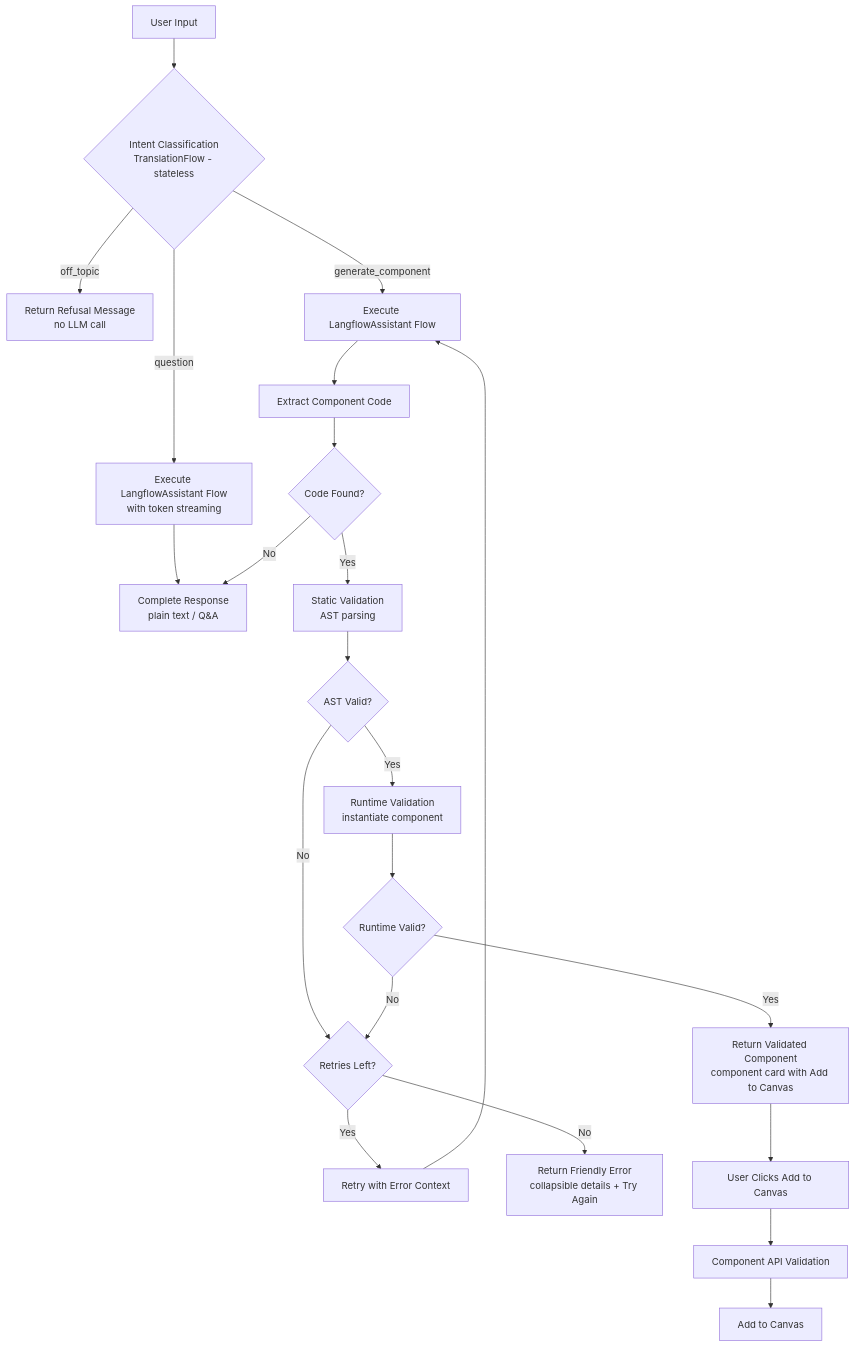
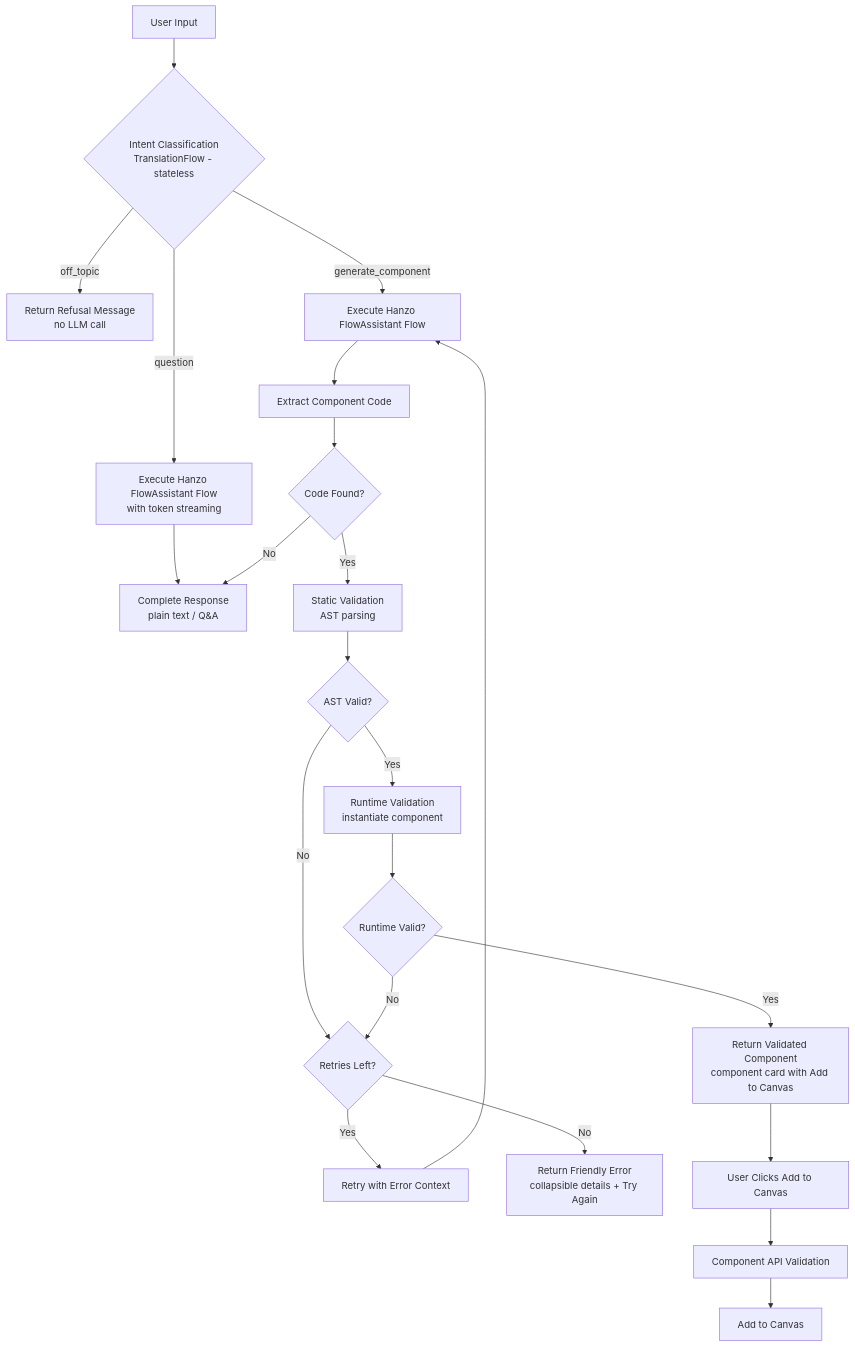
The third of 3 diagrams in docs/features/langflow-assistant.md (hanzoai/flow), drawn with Mermaid before and after one commit. The commit also changed other lines of this file and 1185 other files, not shown here.

````diff
--- a/docs/features/langflow-assistant.md
+++ b/docs/features/langflow-assistant.md
@@ -1031,31 +1031,31 @@
 ```mermaid
 flowchart TD
     A[User Input] --> B{Intent Classification<br/>TranslationFlow - stateless}
     B -->|off_topic| Z[Return Refusal Message<br/>no LLM call]
-    B -->|generate_component| C[Execute LangflowAssistant Flow]
-    B -->|question| D[Execute LangflowAssistant Flow<br/>with token streaming]
+    B -->|generate_component| C[Execute Hanzo FlowAssistant Flow]
+    B -->|question| D[Execute Hanzo FlowAssistant Flow<br/>with token streaming]
 
     D --> F[Complete Response<br/>plain text / Q&A]
 
     C --> G[Extract Component Code]
 
     G --> H{Code Found?}
     H -->|No| F
     H -->|Yes| I[Static Validation<br/>AST parsing]
 
     I --> I2{AST Valid?}
     I2 -->|No| L
     I2 -->|Yes| I3[Runtime Validation<br/>instantiate component]
 
     I3 --> J{Runtime Valid?}
     J -->|Yes| K[Return Validated Component<br/>component card with Add to Canvas]
     J -->|No| L{Retries Left?}
 
     L -->|Yes| M[Retry with Error Context]
     M --> C
     L -->|No| N[Return Friendly Error<br/>collapsible details + Try Again]
 
     K --> O[User Clicks Add to Canvas]
     O --> P[Component API Validation]
     P --> Q[Add to Canvas]
 ```
````
